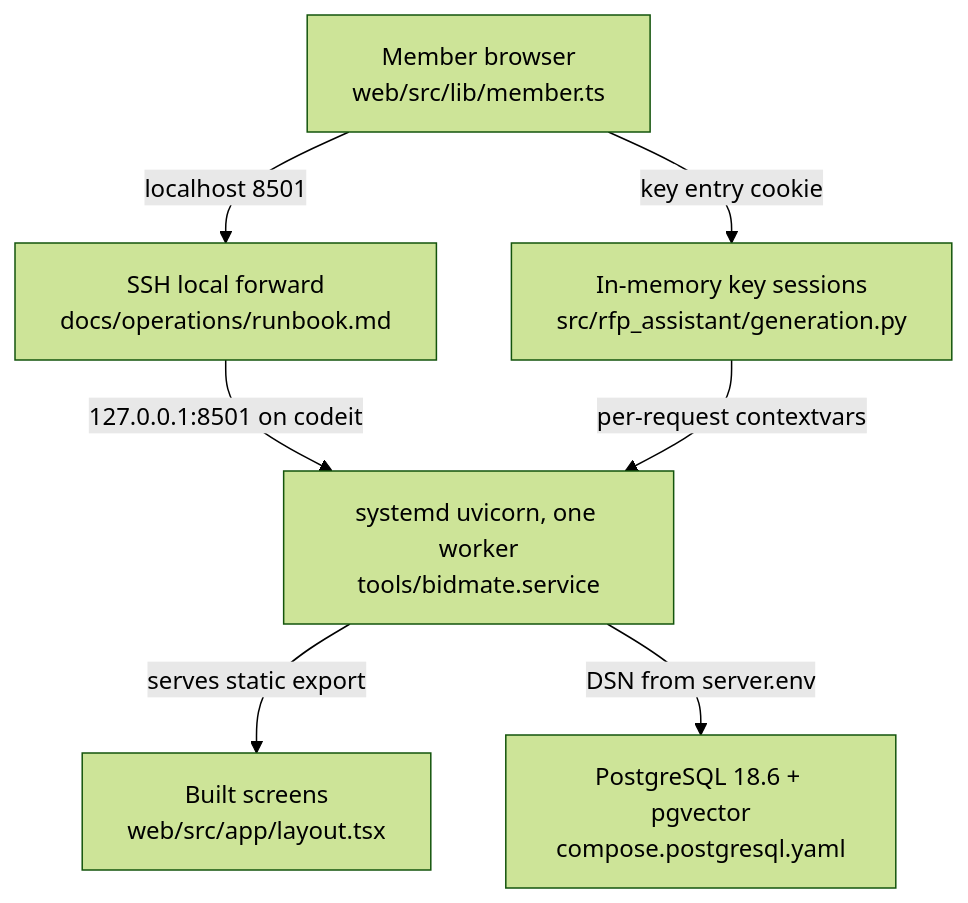
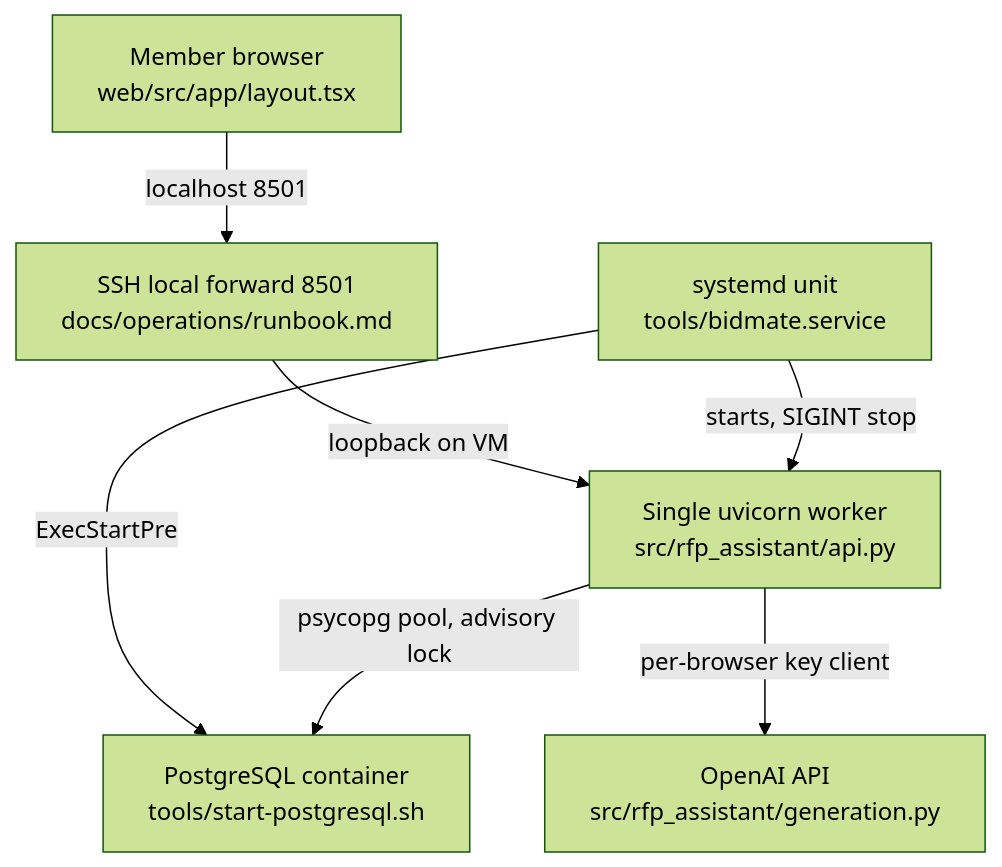
The diagram in .omm/deployment/diagram.mmd (littleeeeebit/project-codeit-mid), drawn with Mermaid (forest theme) before and after one commit. The commit also changed 318 other files, not shown here.

Commit message:
Refresh wiki and architecture before merge

```diff
--- a/.omm/deployment/diagram.mmd
+++ b/.omm/deployment/diagram.mmd
@@ -1,7 +1,13 @@
 graph TD
-  member-browser["Member browser\nweb/src/lib/member.ts"] -->|localhost 8501| ssh-tunnel["SSH local forward\ndocs/operations/runbook.md"]
-  ssh-tunnel -->|127.0.0.1:8501 on codeit| uvicorn-service["systemd uvicorn, one worker\ntools/bidmate.service"]
-  uvicorn-service -->|serves static export| static-web-build["Built screens\nweb/src/app/layout.tsx"]
-  uvicorn-service -->|DSN from server.env| postgres-container["PostgreSQL 18.6 + pgvector\ncompose.postgresql.yaml"]
-  member-browser -->|key entry cookie| key-sessions["In-memory key sessions\nsrc/rfp_assistant/generation.py"]
-  key-sessions -->|per-request contextvars| uvicorn-service
+  memberBrowser["Member browser\nweb/src/app/layout.tsx"]
+  sshTunnel["SSH local forward 8501\ndocs/operations/runbook.md"]
+  systemdUnit["systemd unit\ntools/bidmate.service"]
+  uvicornWorker["Single uvicorn worker\nsrc/rfp_assistant/api.py"]
+  postgresContainer["PostgreSQL container\ntools/start-postgresql.sh"]
+  openaiApi["OpenAI API\nsrc/rfp_assistant/generation.py"]
+  memberBrowser -->|localhost 8501| sshTunnel
+  sshTunnel -->|loopback on VM| uvicornWorker
+  systemdUnit -->|starts, SIGINT stop| uvicornWorker
+  systemdUnit -->|ExecStartPre| postgresContainer
+  uvicornWorker -->|psycopg pool, advisory lock| postgresContainer
+  uvicornWorker -->|per-browser key client| openaiApi
```
